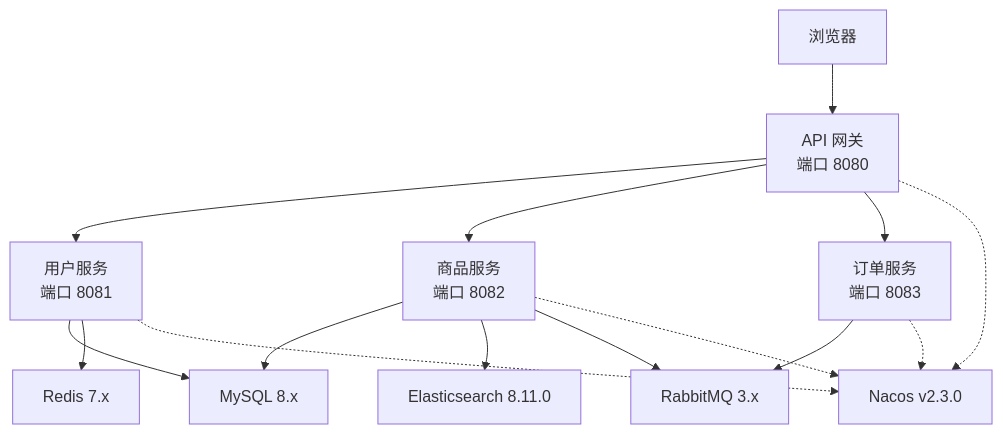
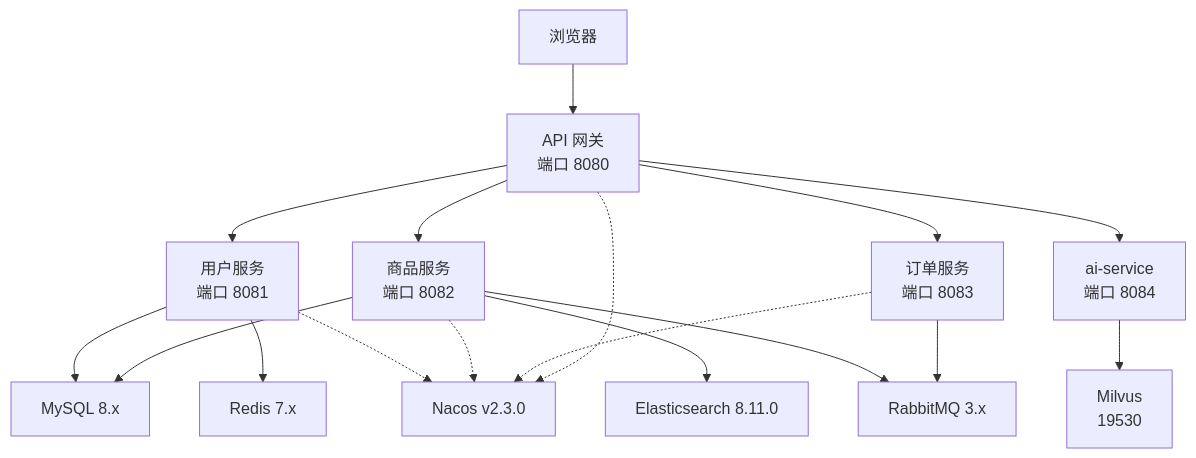
Before and after one commit to haohailiang/qoder-fullstack: the first of 2 diagrams in .qoder/repowiki/zh/content/快速开始.md, drawn with Mermaid. The commit also changed other lines of this file and 33 other files, not shown here.

````diff
--- a/.qoder/repowiki/zh/content/快速开始.md
+++ b/.qoder/repowiki/zh/content/快速开始.md
@@ -29,17 +34,19 @@
 ```mermaid
 graph TB
 A["浏览器"] --> B["API 网关<br/>端口 8080"]
 B --> C["用户服务<br/>端口 8081"]
 B --> D["商品服务<br/>端口 8082"]
 B --> E["订单服务<br/>端口 8083"]
 C --> F["MySQL 8.x"]
 C --> G["Redis 7.x"]
 D --> F
 D --> H["Elasticsearch 8.11.0"]
 D --> I["RabbitMQ 3.x"]
 E --> I
+GWAI["ai-service<br/>端口 8084"] --> MV["Milvus<br/>19530"]
+B --> GWAI
 C -.-> J["Nacos v2.3.0"]
 D -.-> J
 E -.-> J
 B -.-> J
 ```
````
